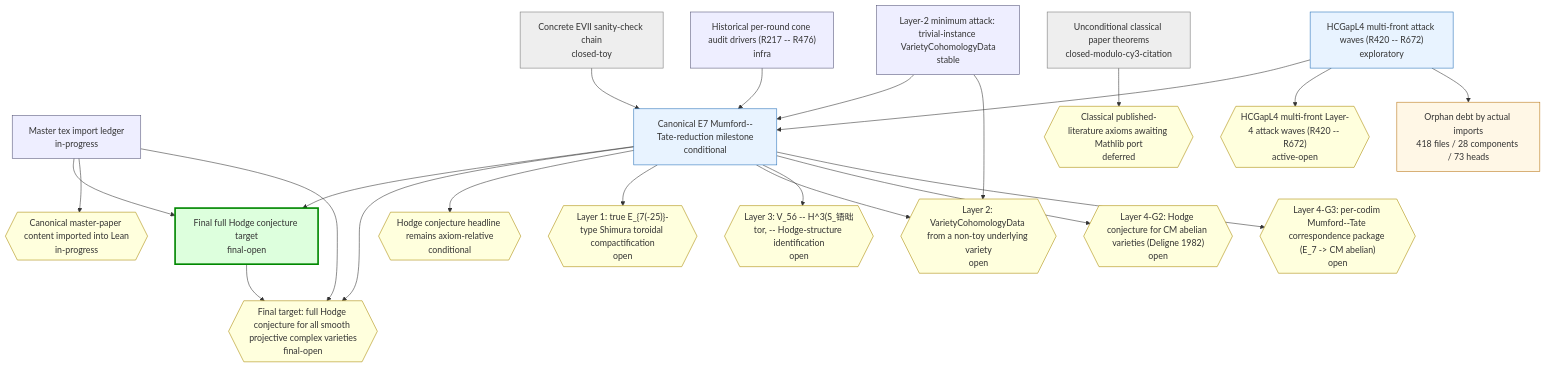
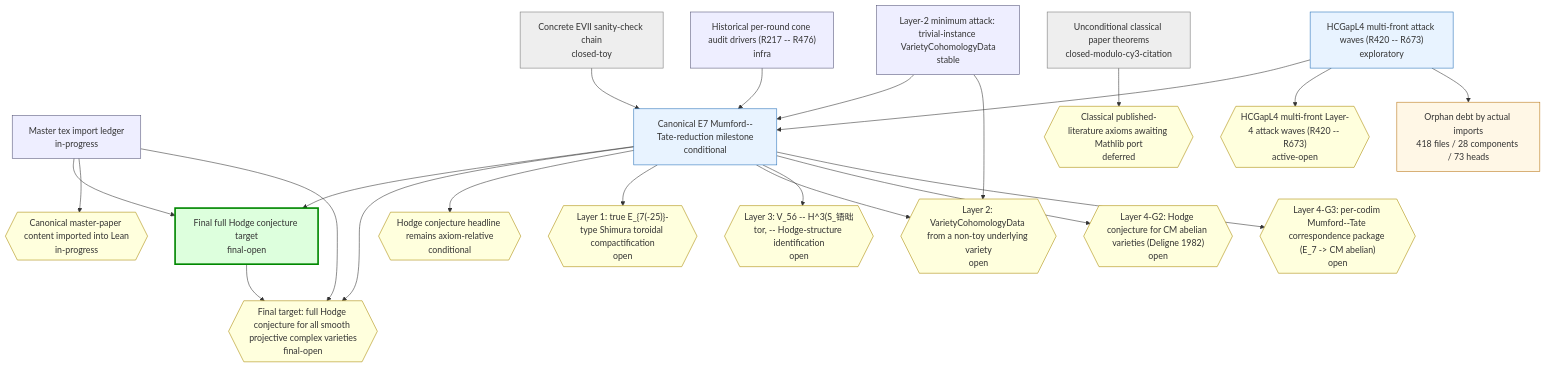
Before and after one commit to crabsatellite/hodge-conjecture-lean4-formalization: the first of 2 diagrams in chain-status/research-map.md, drawn with Mermaid. The commit also changed other lines of this file and 8 other files, not shown here.

````diff
--- a/chain-status/research-map.md
+++ b/chain-status/research-map.md
@@ -46,54 +46,54 @@
 ```mermaid
 graph TD
   classDef main fill:#dfd,stroke:#080,stroke-width:3px
   classDef active fill:#e8f3ff,stroke:#2670b8
   classDef support fill:#eef,stroke:#557
   classDef closed fill:#eee,stroke:#777
   classDef dead fill:#fdd,stroke:#a00,stroke-width:2px
   classDef gapOpen fill:#ffd,stroke:#a80
   classDef gapClosed fill:#eee,stroke:#777
   classDef gapDead fill:#fdd,stroke:#a00
   classDef debt fill:#fff7e6,stroke:#b87514
   classDef debtTaxonomy fill:#e8f3ff,stroke:#2670b8,stroke-dasharray:3 3
   classDef debtRule fill:#eefbea,stroke:#398439,stroke-dasharray:3 3
   classDef debtDead fill:#fdd,stroke:#a00,stroke-dasharray:3 3
   chain_full_hc_final_target["Final full Hodge conjecture target\nfinal-open"]:::main
   chain_master_paper_import_ledger["Master tex import ledger\nin-progress"]:::support
   chain_main_hc_axiom_relative["Canonical E7 Mumford--Tate-reduction milestone\nconditional"]:::active
   chain_unconditional_classical["Unconditional classical paper theorems\nclosed-modulo-cy3-citation"]:::closed
   chain_hcgap_l2_trivial_instances["Layer-2 minimum attack: trivial-instance VarietyCohomologyData\nstable"]:::support
-  chain_hcgap_l4_multifront_active["HCGapL4 multi-front attack waves (R420 -- R672)\nexploratory"]:::active
+  chain_hcgap_l4_multifront_active["HCGapL4 multi-front attack waves (R420 -- R673)\nexploratory"]:::active
   chain_concrete_evii_toy["Concrete EVII sanity-check chain\nclosed-toy"]:::closed
   chain_historical_cone_audits["Historical per-round cone audit drivers (R217 -- R476)\ninfra"]:::support
   gap_G_full_hc{{"Final target: full Hodge conjecture for all smooth projective complex varieties\nfinal-open"}}:::gapOpen
   gap_G_master_paper_import{{"Canonical master-paper content imported into Lean\nin-progress"}}:::gapOpen
   gap_G_main_hc{{"Hodge conjecture headline remains axiom-relative\nconditional"}}:::gapOpen
   gap_G_l1_e7_shimura_tor{{"Layer 1: true E_{7(-25)}-type Shimura toroidal compactification\nopen"}}:::gapOpen
   gap_G_l2_cohomology_construction{{"Layer 2: VarietyCohomologyData from a non-toy underlying variety\nopen"}}:::gapOpen
   gap_G_l3_v56_mt_identification{{"Layer 3: V_56 -- H^3(S_铻昢tor, -- Hodge-structure identification\nopen"}}:::gapOpen
   gap_G_l4_cm_abelian_hc{{"Layer 4-G2: Hodge conjecture for CM abelian varieties (Deligne 1982)\nopen"}}:::gapOpen
   gap_G_l4_mt_correspondence{{"Layer 4-G3: per-codim Mumford--Tate correspondence package (E_7 -> CM abelian)\nopen"}}:::gapOpen
   gap_G_classical_mathlib_port{{"Classical published-literature axioms awaiting Mathlib port\ndeferred"}}:::gapOpen
-  gap_G_hcgap_l4_multifront{{"HCGapL4 multi-front Layer-4 attack waves (R420 -- R672)\nactive-open"}}:::gapOpen
+  gap_G_hcgap_l4_multifront{{"HCGapL4 multi-front Layer-4 attack waves (R420 -- R673)\nactive-open"}}:::gapOpen
   chain_full_hc_final_target --> gap_G_full_hc
   chain_master_paper_import_ledger --> chain_full_hc_final_target
   chain_master_paper_import_ledger --> gap_G_master_paper_import
   chain_master_paper_import_ledger --> gap_G_full_hc
   chain_main_hc_axiom_relative --> chain_full_hc_final_target
   chain_main_hc_axiom_relative --> gap_G_full_hc
   chain_main_hc_axiom_relative --> gap_G_main_hc
   chain_main_hc_axiom_relative --> gap_G_l1_e7_shimura_tor
   chain_main_hc_axiom_relative --> gap_G_l2_cohomology_construction
   chain_main_hc_axiom_relative --> gap_G_l3_v56_mt_identification
   chain_main_hc_axiom_relative --> gap_G_l4_cm_abelian_hc
   chain_main_hc_axiom_relative --> gap_G_l4_mt_correspondence
   chain_unconditional_classical --> gap_G_classical_mathlib_port
   chain_hcgap_l2_trivial_instances --> chain_main_hc_axiom_relative
   chain_hcgap_l2_trivial_instances --> gap_G_l2_cohomology_construction
   chain_hcgap_l4_multifront_active --> chain_main_hc_axiom_relative
   chain_hcgap_l4_multifront_active --> gap_G_hcgap_l4_multifront
   chain_concrete_evii_toy --> chain_main_hc_axiom_relative
   chain_historical_cone_audits --> chain_main_hc_axiom_relative
   debt_all["Orphan debt by actual imports\n418 files / 28 components / 73 heads"]:::debt
   chain_hcgap_l4_multifront_active --> debt_all
 ```
````
